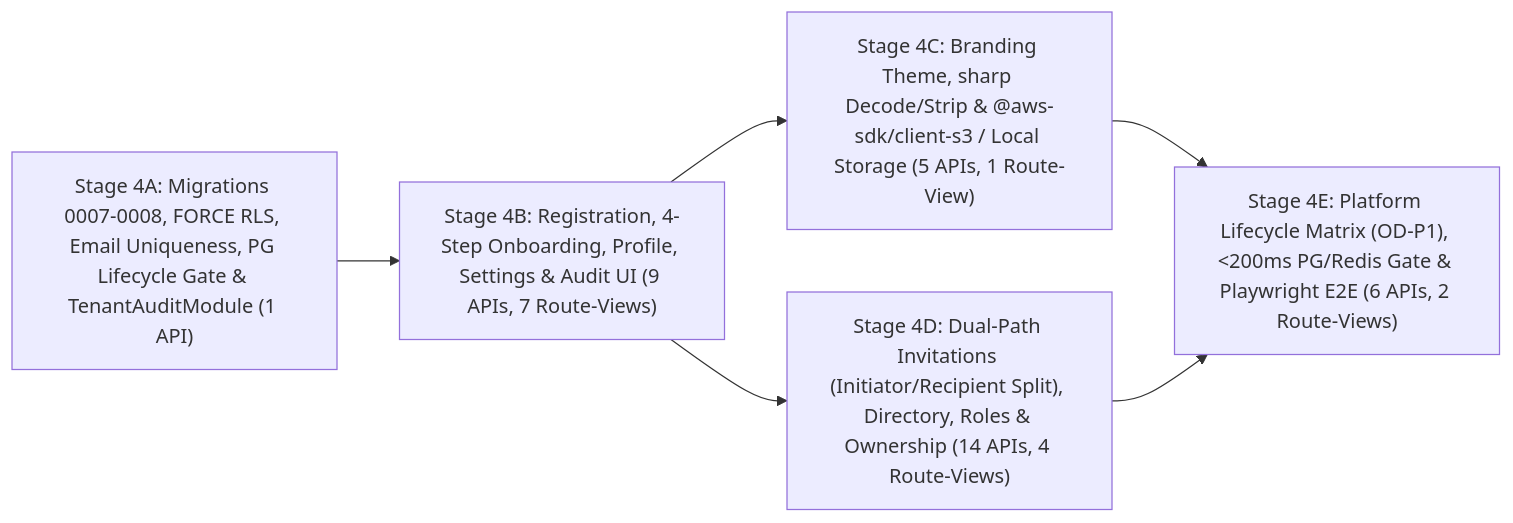
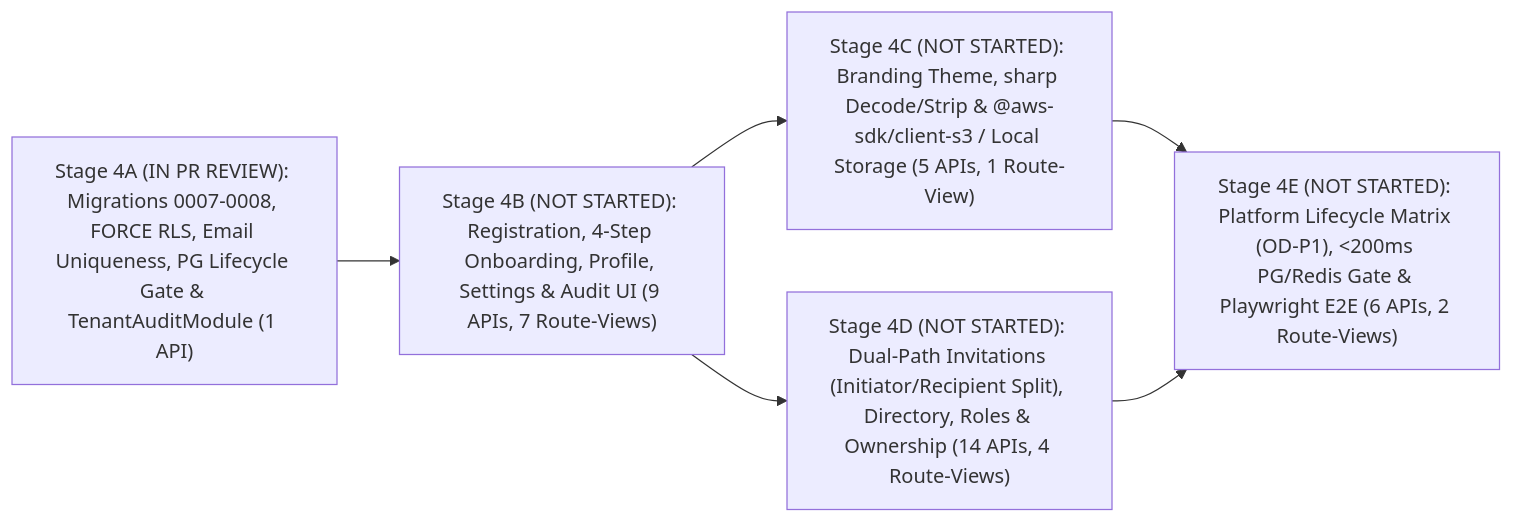
Before and after one commit to TusharPhalak44/ft360: the diagram in docs/planning/phase-4/phase-4-development-roadmap.md, drawn with Mermaid. The commit also changed other lines of this file and 34 other files, not shown here.

Commit message:
feat(phase-4a): implement Stage 4A database foundation (0007-0008), RLS & TenantAuditModule

````diff
--- a/docs/planning/phase-4/phase-4-development-roadmap.md
+++ b/docs/planning/phase-4/phase-4-development-roadmap.md
@@ -18,14 +19,14 @@
 ```mermaid
 flowchart LR
-    S4A["Stage 4A: Migrations 0007-0008, FORCE RLS, Email Uniqueness, PG Lifecycle Gate & TenantAuditModule (1 API)"]
-    S4B["Stage 4B: Registration, 4-Step Onboarding, Profile, Settings & Audit UI (9 APIs, 7 Route-Views)"]
-    S4C["Stage 4C: Branding Theme, sharp Decode/Strip & @aws-sdk/client-s3 / Local Storage (5 APIs, 1 Route-View)"]
-    S4D["Stage 4D: Dual-Path Invitations (Initiator/Recipient Split), Directory, Roles & Ownership (14 APIs, 4 Route-Views)"]
-    S4E["Stage 4E: Platform Lifecycle Matrix (OD-P1), <200ms PG/Redis Gate & Playwright E2E (6 APIs, 2 Route-Views)"]
+    S4A["Stage 4A (IN PR REVIEW): Migrations 0007-0008, FORCE RLS, Email Uniqueness, PG Lifecycle Gate & TenantAuditModule (1 API)"]
+    S4B["Stage 4B (NOT STARTED): Registration, 4-Step Onboarding, Profile, Settings & Audit UI (9 APIs, 7 Route-Views)"]
+    S4C["Stage 4C (NOT STARTED): Branding Theme, sharp Decode/Strip & @aws-sdk/client-s3 / Local Storage (5 APIs, 1 Route-View)"]
+    S4D["Stage 4D (NOT STARTED): Dual-Path Invitations (Initiator/Recipient Split), Directory, Roles & Ownership (14 APIs, 4 Route-Views)"]
+    S4E["Stage 4E (NOT STARTED): Platform Lifecycle Matrix (OD-P1), <200ms PG/Redis Gate & Playwright E2E (6 APIs, 2 Route-Views)"]
 
     S4A --> S4B
     S4B --> S4C
     S4B --> S4D
     S4C --> S4E
     S4D --> S4E
 ```
````
